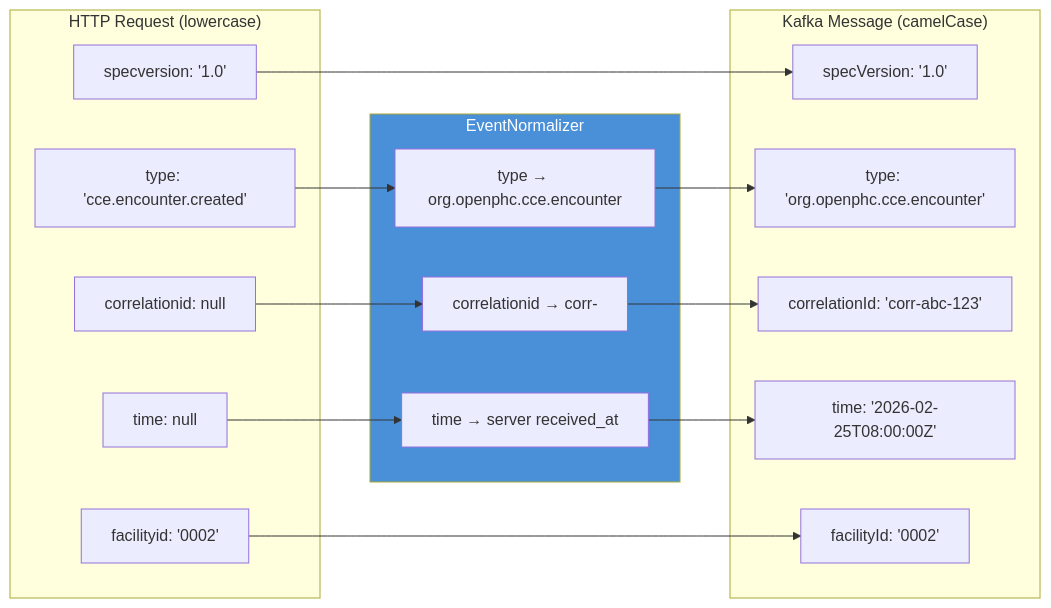
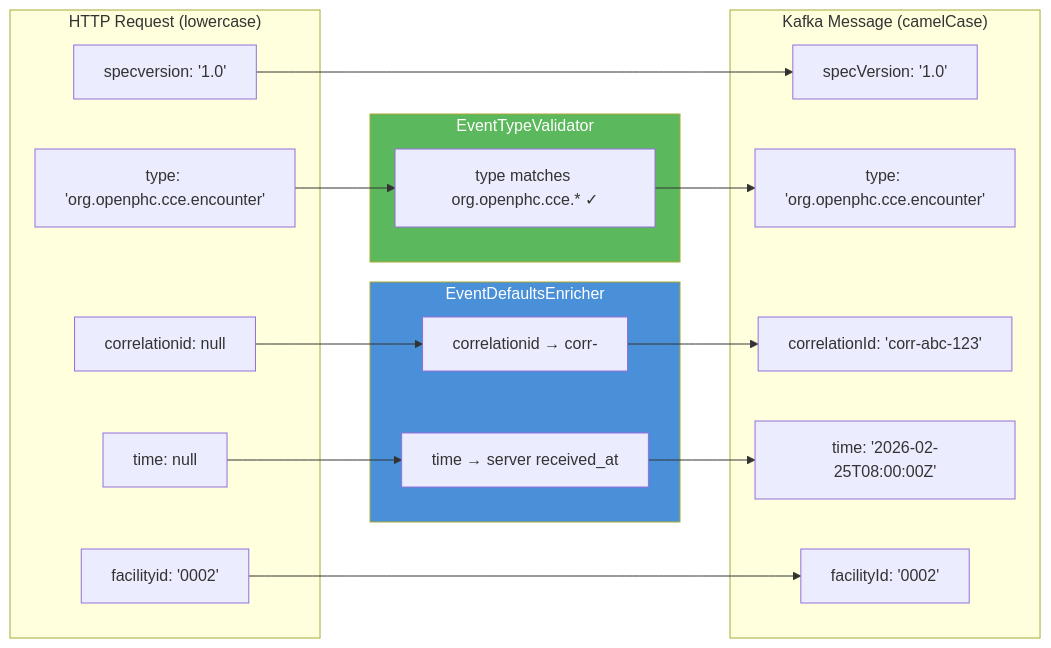
The eighth of 8 diagrams in docs/flow-diagrams.md (Jayaprakash8887/cce-collector-service), drawn with Mermaid before and after one commit. The commit also changed other lines of this file and 4 other files, not shown here.

````diff
--- a/docs/flow-diagrams.md
+++ b/docs/flow-diagrams.md
@@ -267,32 +276,36 @@
 ```mermaid
 flowchart LR
     subgraph Input["HTTP Request (lowercase)"]
         A1["specversion: '1.0'"]
-        A2["type: 'cce.encounter.created'"]
+        A2["type: 'org.openphc.cce.encounter'"]
         A3["correlationid: null"]
         A4["time: null"]
         A5["facilityid: '0002'"]
     end
 
-    subgraph Normalize["EventNormalizer"]
-        N1["type → org.openphc.cce.encounter"]
+    subgraph Validate["EventTypeValidator"]
+        V1["type matches org.openphc.cce.* ✓"]
+    end
+
+    subgraph Defaults["EventDefaultsEnricher"]
         N2["correlationid → corr-<uuid>"]
         N3["time → server received_at"]
     end
 
     subgraph Output["Kafka Message (camelCase)"]
         B1["specVersion: '1.0'"]
         B2["type: 'org.openphc.cce.encounter'"]
         B3["correlationId: 'corr-abc-123'"]
         B4["time: '2026-02-25T08:00:00Z'"]
         B5["facilityId: '0002'"]
     end
 
     A1 --> B1
-    A2 --> N1 --> B2
+    A2 --> V1 --> B2
     A3 --> N2 --> B3
     A4 --> N3 --> B4
     A5 --> B5
 
-    style Normalize fill:#4a90d9,color:#fff
+    style Validate fill:#5cb85c,color:#fff
+    style Defaults fill:#4a90d9,color:#fff
 ```
````
